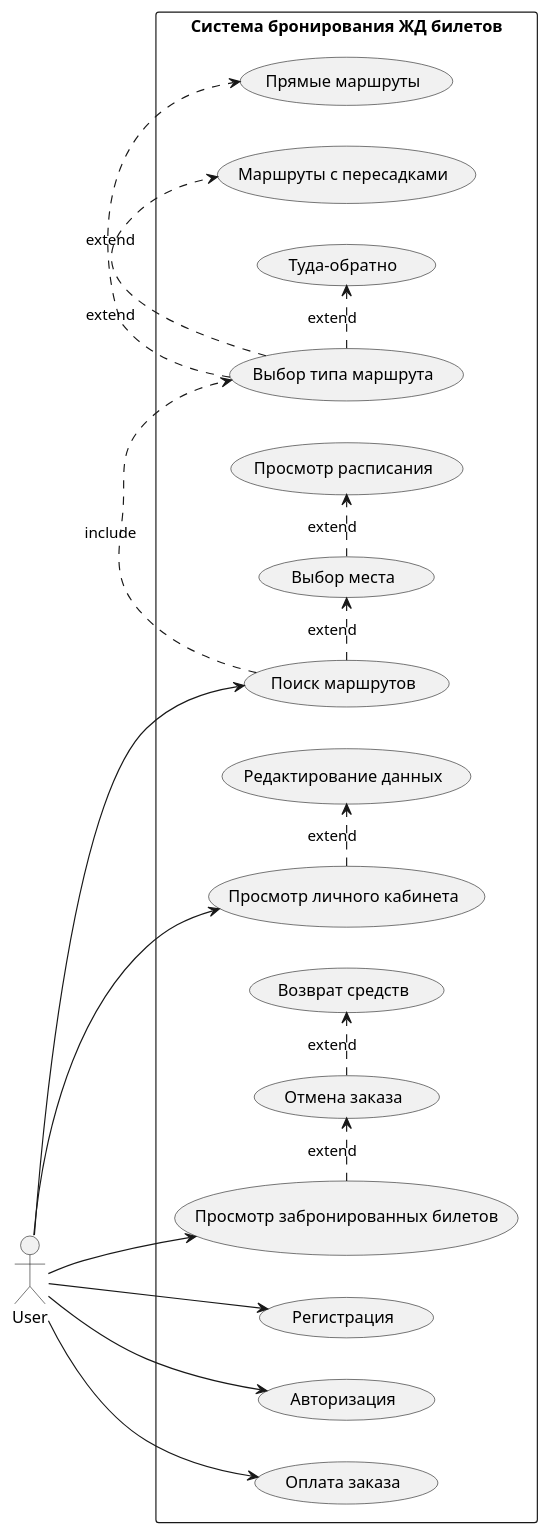
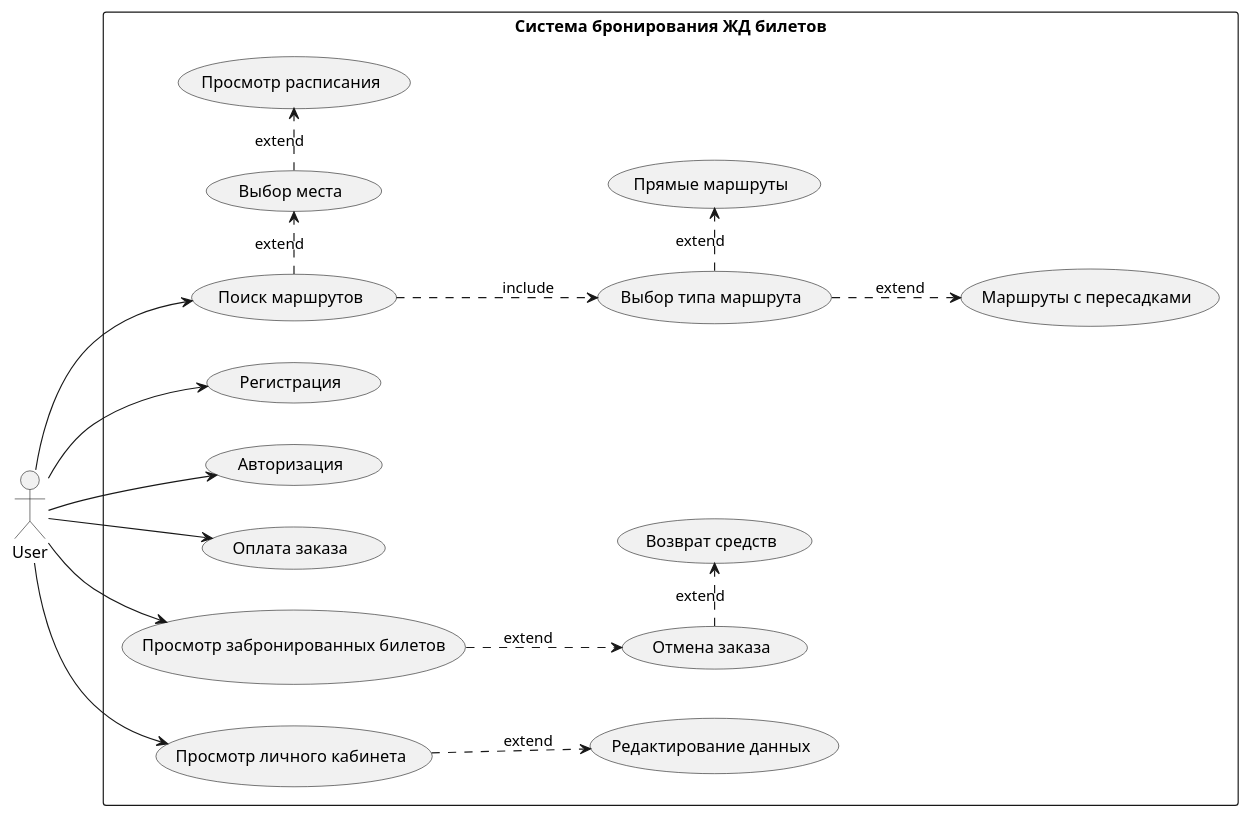
Before and after one commit to darina-stasevich/RailwayWebApp: the diagram in backend/railwayApp.Web/diagrams/use_case_diagram.puml, drawn with PlantUML. The commit also changed 7 other files, not shown here.

```diff
--- a/backend/railwayApp.Web/diagrams/use_case_diagram.puml
+++ b/backend/railwayApp.Web/diagrams/use_case_diagram.puml
@@ -1,26 +1,25 @@
 @startuml
 left to right direction
 actor User as user
 
 rectangle "Система бронирования ЖД билетов" {
   user --> (Регистрация)
   user --> (Авторизация)
   user --> (Поиск маршрутов)
   user --> (Оплата заказа)
   user --> (Просмотр забронированных билетов)
   (Выбор типа маршрута) .> (Прямые маршруты) : extend
-  (Выбор типа маршрута) .> (Маршруты с пересадками) : extend
-  (Выбор типа маршрута) .> (Туда-обратно) : extend
+  (Выбор типа маршрута) ..> (Маршруты с пересадками) : extend
   (Поиск маршрутов) .> (Выбор места) : extend
-  (Поиск маршрутов) .> (Выбор типа маршрута) : include
+  (Поиск маршрутов) ..> (Выбор типа маршрута) : include
   
   (Выбор места) .> (Просмотр расписания) : extend
   
   user --> (Просмотр личного кабинета)
-  (Просмотр личного кабинета) .> (Редактирование данных) : extend     
+  (Просмотр личного кабинета) ..> (Редактирование данных) : extend     
   
-  (Просмотр забронированных билетов) .> (Отмена заказа) : extend
+  (Просмотр забронированных билетов) ..> (Отмена заказа) : extend
   
   (Отмена заказа) .> (Возврат средств) : extend
 }
 @enduml
```
